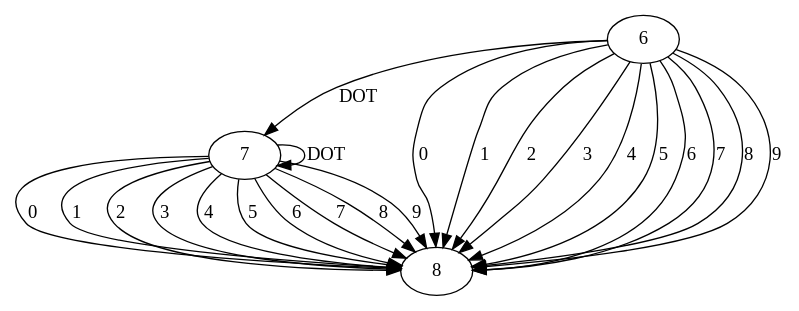
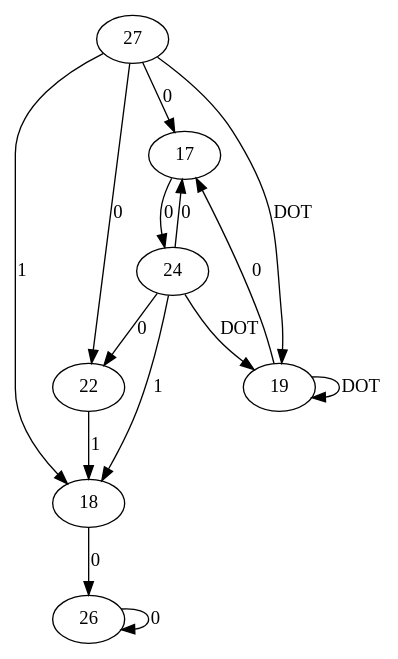
The diagram in dot/noEps.dot (dsiragusa/grep), drawn with Graphviz before and after one commit. The commit also changed 10 other files, not shown here.

```diff
--- a/dot/noEps.dot
+++ b/dot/noEps.dot
@@ -1,24 +1,16 @@
 digraph nfa{
-7 -> 8 [label="0"];
-7 -> 8 [label="1"];
-7 -> 8 [label="2"];
-7 -> 8 [label="3"];
-7 -> 8 [label="4"];
-7 -> 8 [label="5"];
-7 -> 8 [label="6"];
-7 -> 8 [label="7"];
-7 -> 8 [label="8"];
-7 -> 8 [label="9"];
-7 -> 7 [label="DOT"];
-6 -> 8 [label="0"];
-6 -> 8 [label="1"];
-6 -> 8 [label="2"];
-6 -> 8 [label="3"];
-6 -> 8 [label="4"];
-6 -> 8 [label="5"];
-6 -> 8 [label="6"];
-6 -> 8 [label="7"];
-6 -> 8 [label="8"];
-6 -> 8 [label="9"];
-6 -> 7 [label="DOT"];
+27 -> 22 [label="0"];
+27 -> 17 [label="0"];
+27 -> 18 [label="1"];
+27 -> 19 [label="DOT"];
+22 -> 18 [label="1"];
+26 -> 26 [label="0"];
+24 -> 22 [label="0"];
+24 -> 17 [label="0"];
+24 -> 18 [label="1"];
+24 -> 19 [label="DOT"];
+18 -> 26 [label="0"];
+19 -> 17 [label="0"];
+19 -> 19 [label="DOT"];
+17 -> 24 [label="0"];
 }
```
